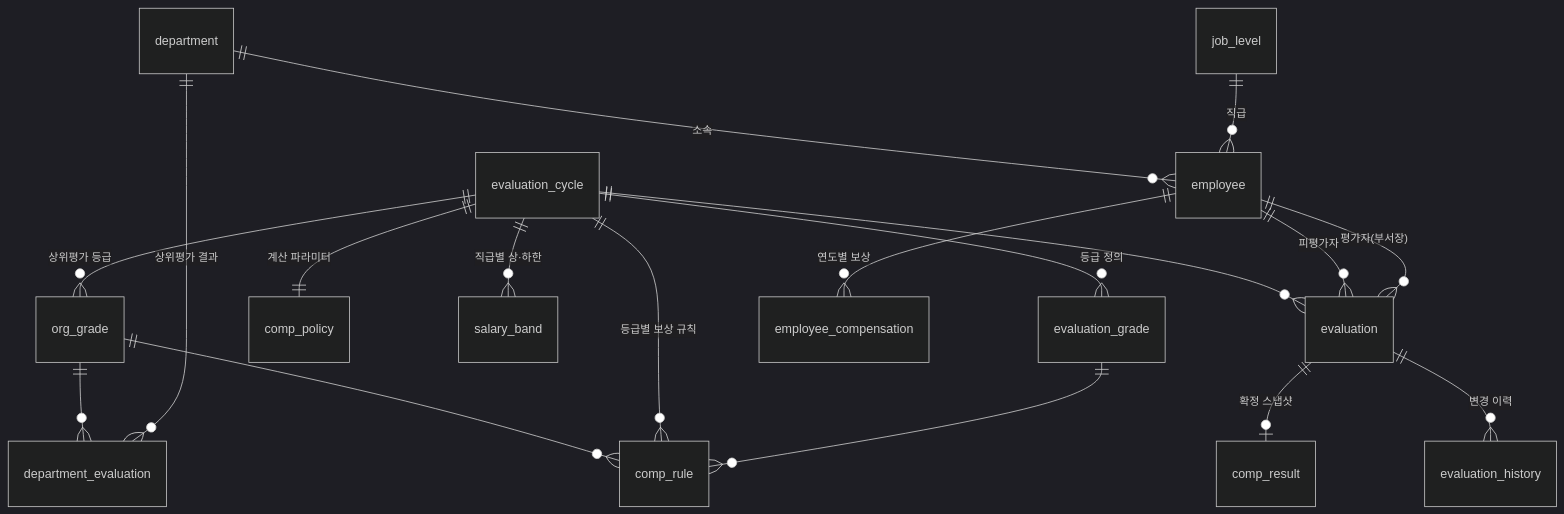
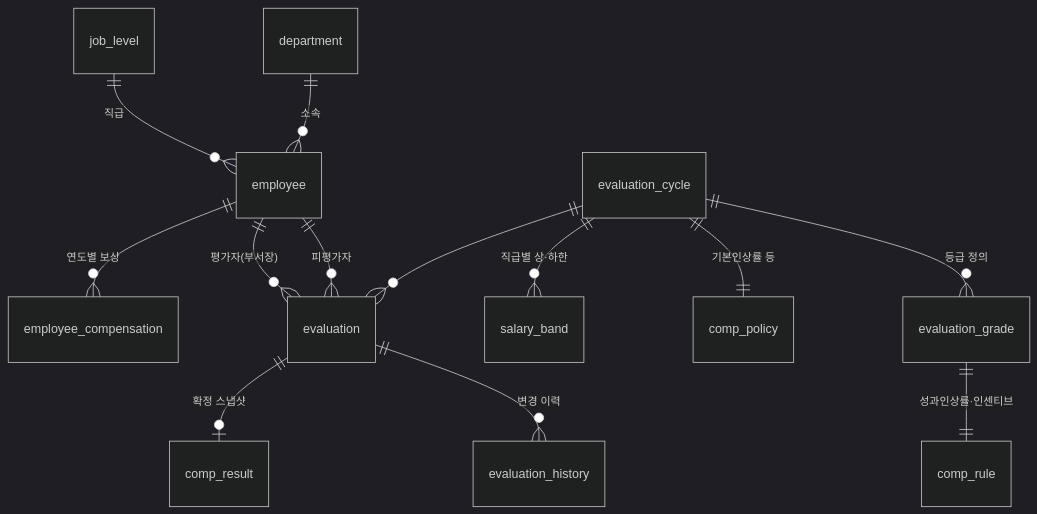
The diagram in docs/schema-design.md (jhkim0208/AX_Mark), drawn with Mermaid (dark theme) before and after one commit. The commit also changed other lines of this file and 8 other files, not shown here.

````diff
--- a/docs/schema-design.md
+++ b/docs/schema-design.md
@@ -17,20 +18,15 @@
 ```mermaid
 erDiagram
     department ||--o{ employee : "소속"
     job_level ||--o{ employee : "직급"
     evaluation_cycle ||--o{ evaluation_grade : "등급 정의"
-    evaluation_cycle ||--o{ org_grade : "상위평가 등급"
-    org_grade ||--o{ department_evaluation : ""
-    department ||--o{ department_evaluation : "상위평가 결과"
-    org_grade ||--o{ comp_rule : ""
-    evaluation_cycle ||--|| comp_policy : "계산 파라미터"
-    evaluation_cycle ||--o{ comp_rule : "등급별 보상 규칙"
-    evaluation_grade ||--o{ comp_rule : ""
+    evaluation_cycle ||--|| comp_policy : "기본인상률 등"
+    evaluation_grade ||--|| comp_rule : "성과인상률·인센티브"
     evaluation_cycle ||--o{ salary_band : "직급별 상·하한"
     evaluation_cycle ||--o{ evaluation : ""
     employee ||--o{ evaluation : "피평가자"
     employee ||--o{ evaluation : "평가자(부서장)"
     evaluation ||--o{ evaluation_history : "변경 이력"
     evaluation ||--o| comp_result : "확정 스냅샷"
     employee ||--o{ employee_compensation : "연도별 보상"
 ```
````
